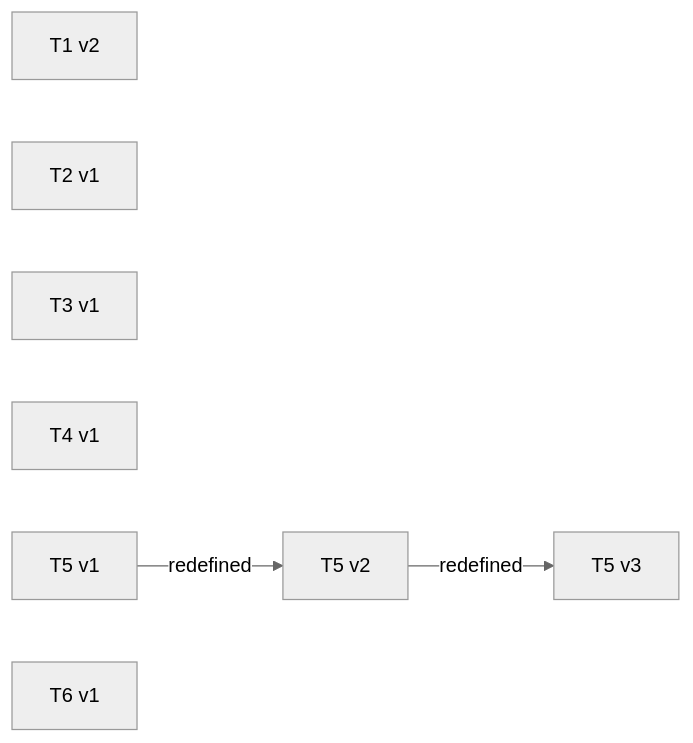
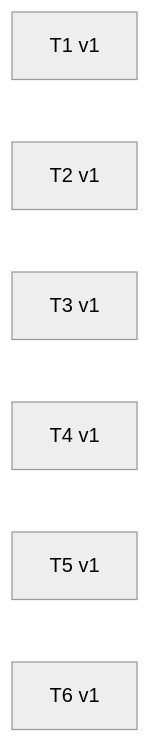
Diagram 11 of 23 in docs/specs/OVERVIEW.md (Curry09/AHE-Beta), drawn with Mermaid (neutral theme) before and after one commit. The commit also changed other lines of this file and 22 other files, not shown here.

First line of the commit message:
feat(frontend): 场景改为自绘三房间，弃用四房间底图，房间立职能木牌

````diff
--- a/docs/specs/OVERVIEW.md
+++ b/docs/specs/OVERVIEW.md
@@ -836,22 +405,16 @@
 ```mermaid
 graph LR
-    v_T1_2["T1 v2"]
+    v_T1_1["T1 v1"]
     v_T2_1["T2 v1"]
     v_T3_1["T3 v1"]
     v_T4_1["T4 v1"]
     v_T5_1["T5 v1"]
-    v_T5_2["T5 v2"]
-    v_T5_3["T5 v3"]
-    v_T5_1 -->|redefined| v_T5_2
-    v_T5_2 -->|redefined| v_T5_3
     v_T6_1["T6 v1"]
     classDef st_pending fill:#eeeeee;
-    class v_T1_2 st_pending;
+    class v_T1_1 st_pending;
     class v_T2_1 st_pending;
     class v_T3_1 st_pending;
     class v_T4_1 st_pending;
     class v_T5_1 st_pending;
-    class v_T5_2 st_pending;
-    class v_T5_3 st_pending;
     class v_T6_1 st_pending;
 ```
````
